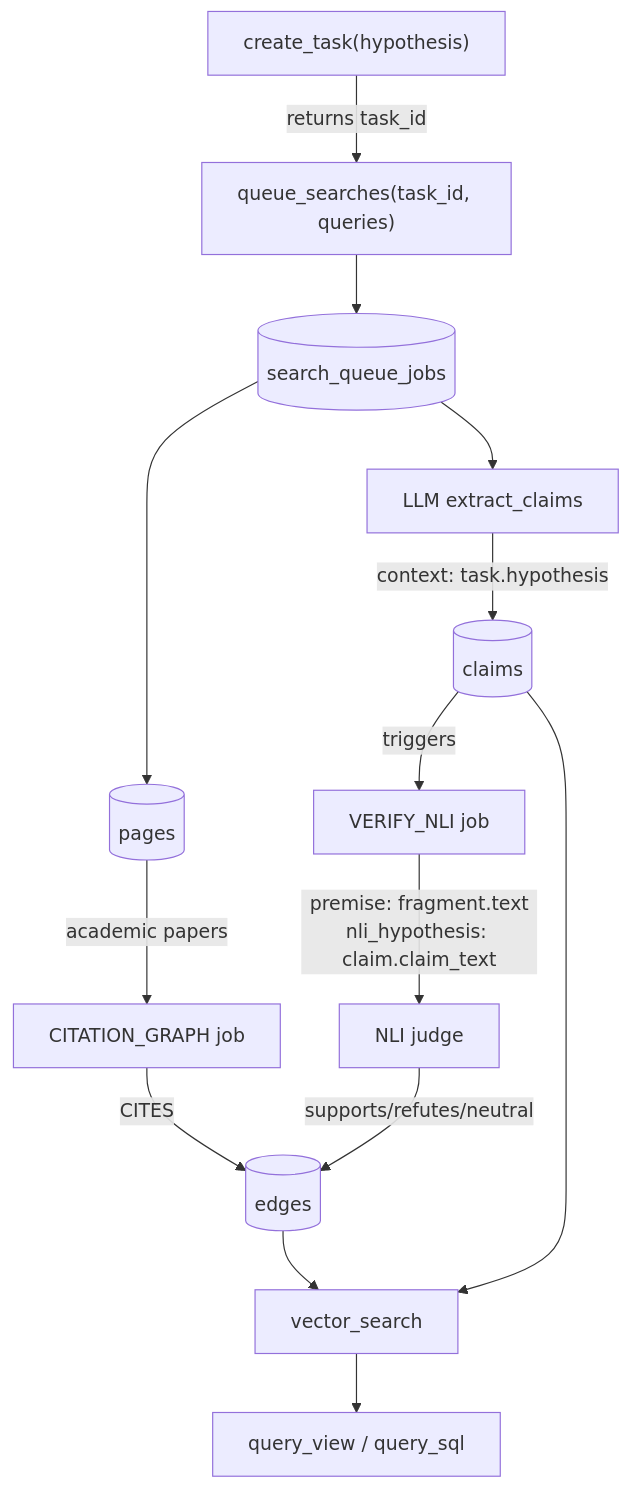
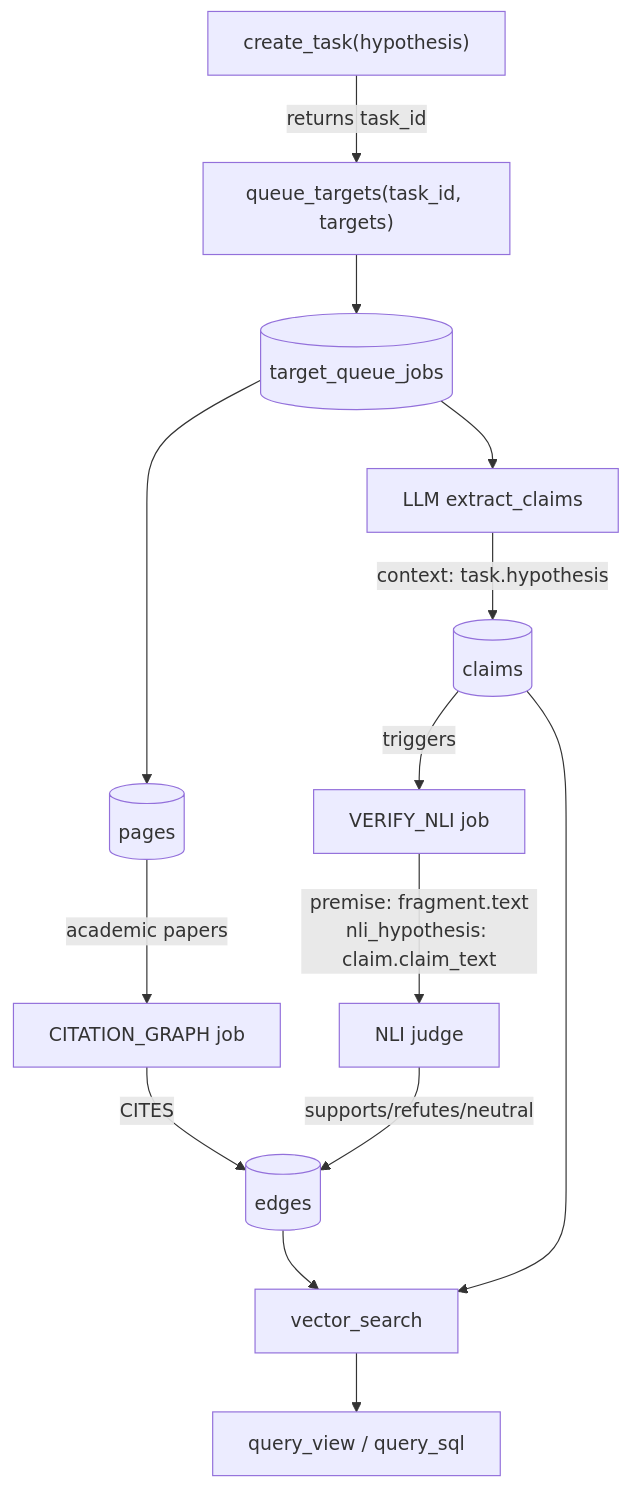
The diagram in docs/adr/0017-task-hypothesis-first.md (k-shibuki/lyra), drawn with Mermaid before and after one commit. The commit also changed other lines of this file and 12 other files, not shown here.

First line of the commit message:
docs: Update ADRs and documentation for target_queue API

````diff
--- a/docs/adr/0017-task-hypothesis-first.md
+++ b/docs/adr/0017-task-hypothesis-first.md
@@ -46,29 +46,29 @@
 ```mermaid
 flowchart TD
     CreateTask["create_task(hypothesis)"]
-    QueueSearches["queue_searches(task_id, queries)"]
-    SearchQueue[(search_queue_jobs)]
+    QueueTargets["queue_targets(task_id, targets)"]
+    TargetQueue[(target_queue_jobs)]
     Pages[(pages)]
     ExtractClaims["LLM extract_claims"]
     Claims[(claims)]
     CitationGraph[CITATION_GRAPH job]
     VerifyNli[VERIFY_NLI job]
     NliJudge["NLI judge"]
     Edges[(edges)]
     VectorSearch["vector_search"]
     QueryView["query_view / query_sql"]
 
-    CreateTask -->|"returns task_id"| QueueSearches
-    QueueSearches --> SearchQueue
-    SearchQueue --> Pages
-    SearchQueue --> ExtractClaims
+    CreateTask -->|"returns task_id"| QueueTargets
+    QueueTargets --> TargetQueue
+    TargetQueue --> Pages
+    TargetQueue --> ExtractClaims
     Pages -->|"academic papers"| CitationGraph
     CitationGraph -->|"CITES"| Edges
     ExtractClaims -->|"context: task.hypothesis"| Claims
     Claims -->|"triggers"| VerifyNli
     VerifyNli -->|"premise: fragment.text<br/>nli_hypothesis: claim.claim_text"| NliJudge
     NliJudge -->|"supports/refutes/neutral"| Edges
     Edges --> VectorSearch
     Claims --> VectorSearch
     VectorSearch --> QueryView
 ```
````
